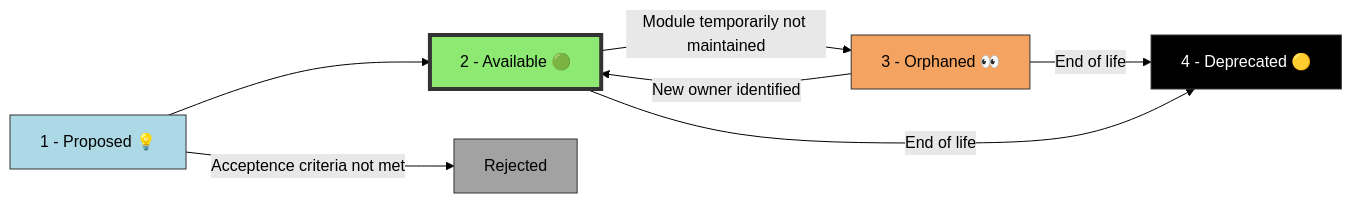
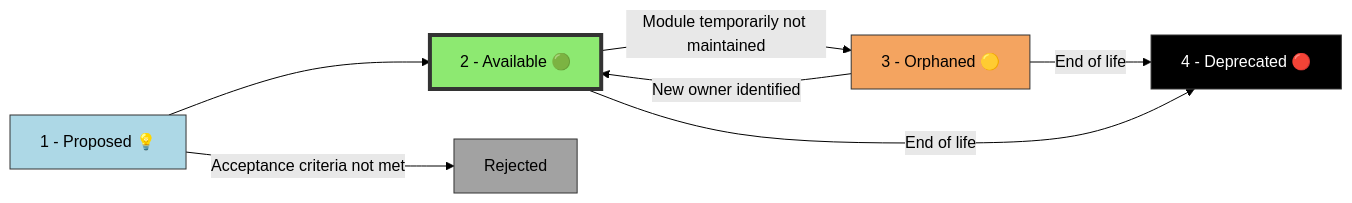
The diagram in docs/content/specs-defs/module-lifecycle.md (Azure/Azure-Verified-Modules), drawn with Mermaid (forest theme) before and after one commit. The commit also changed other lines of this file and 13 other files, not shown here.

```diff
--- a/docs/content/specs-defs/module-lifecycle.md
+++ b/docs/content/specs-defs/module-lifecycle.md
@@ -9,14 +9,14 @@
 {{< mermaid zoom="false">}}
 flowchart LR
     Proposed["1 - Proposed 💡"] --> Available["2 - Available 🟢"]
-    Proposed --> |Acceptence criteria not met| Rejected[Rejected]
-    Available --> |Module temporarily not maintained| Orphaned["3 - Orphaned 👀"]
-    Orphaned --> |End of life| Deprecated["4 - Deprecated 🟡"]
+    Proposed --> |Acceptance criteria not met| Rejected[Rejected]
+    Available --> |Module temporarily not maintained| Orphaned["3 - Orphaned 🟡"]
+    Orphaned --> |End of life| Deprecated["4 - Deprecated 🔴"]
     Orphaned --> |New owner identified| Available
     Available --> |End of life| Deprecated
     style Proposed fill:#ADD8E6,stroke:#333,stroke-width:1px
     style Orphaned fill:#F4A460,stroke:#333,stroke-width:1px
     style Available fill:#8DE971,stroke:#333,stroke-width:4px
     style Deprecated fill:#000000,stroke:#333,stroke-width:1px,color:#fff
     style Rejected fill:#A2A2A2,stroke:#333,stroke-width:1px
 {{< /mermaid >}}
```
